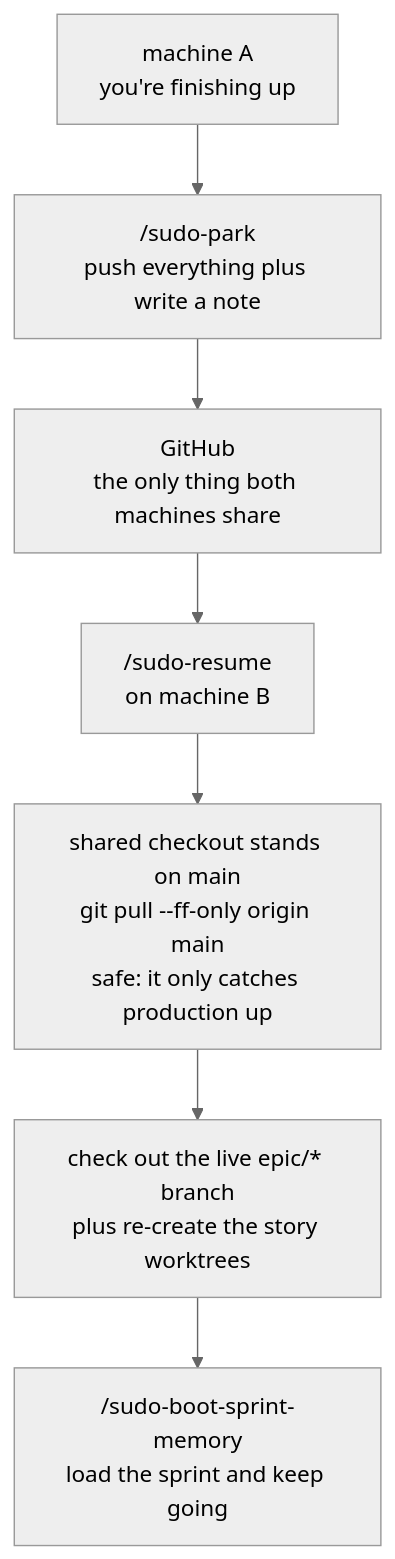
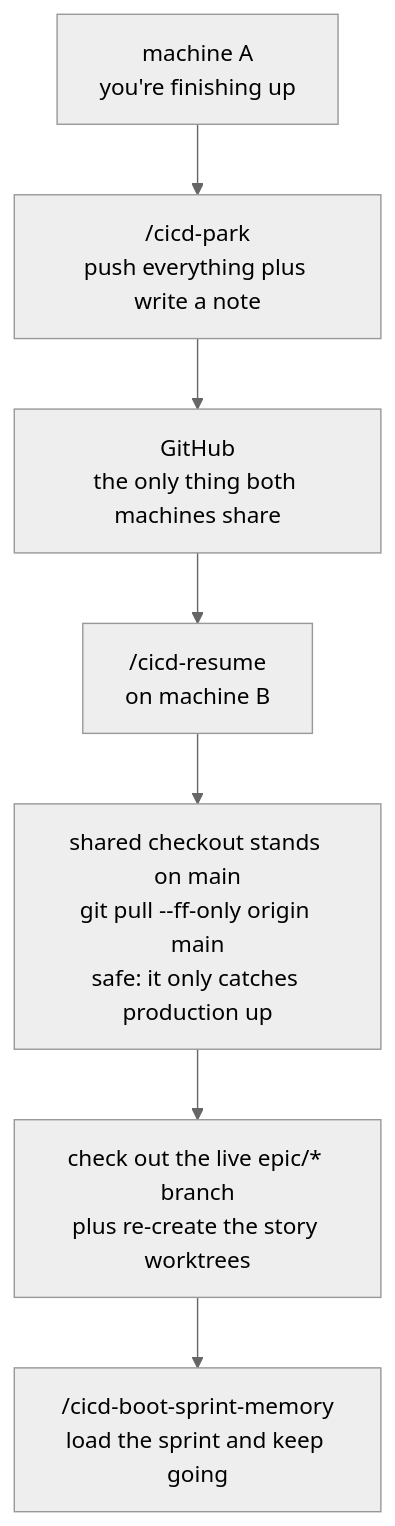
One commit to sudomadhatter/Sudo_Hatter_Command changed the sixth of 8 diagrams in _my_resources/_quick_reference/sudo_workflows_testing.md. Above: the diagram before and after it, drawn with Mermaid (neutral theme). The commit also changed other lines of this file and 402 other files, not shown here.

````diff
--- a/_my_resources/_quick_reference/sudo_workflows_testing.md
+++ b/_my_resources/_quick_reference/sudo_workflows_testing.md
@@ -613,9 +614,9 @@
 ```mermaid
 flowchart TD
-    M1["machine A\nyou're finishing up"] --> PARK["/sudo-park\npush everything plus write a note"]
+    M1["machine A\nyou're finishing up"] --> PARK["/cicd-park\npush everything plus write a note"]
     PARK --> ORIGIN["GitHub\nthe only thing both machines share"]
-    ORIGIN --> RESUME["/sudo-resume\non machine B"]
+    ORIGIN --> RESUME["/cicd-resume\non machine B"]
     RESUME --> PULL["shared checkout stands on main\ngit pull --ff-only origin main\nsafe: it only catches production up"]
     PULL --> WORK["check out the live epic/* branch\nplus re-create the story worktrees"]
-    WORK --> BOOT["/sudo-boot-sprint-memory\nload the sprint and keep going"]
+    WORK --> BOOT["/cicd-boot-sprint-memory\nload the sprint and keep going"]
 ```
````
